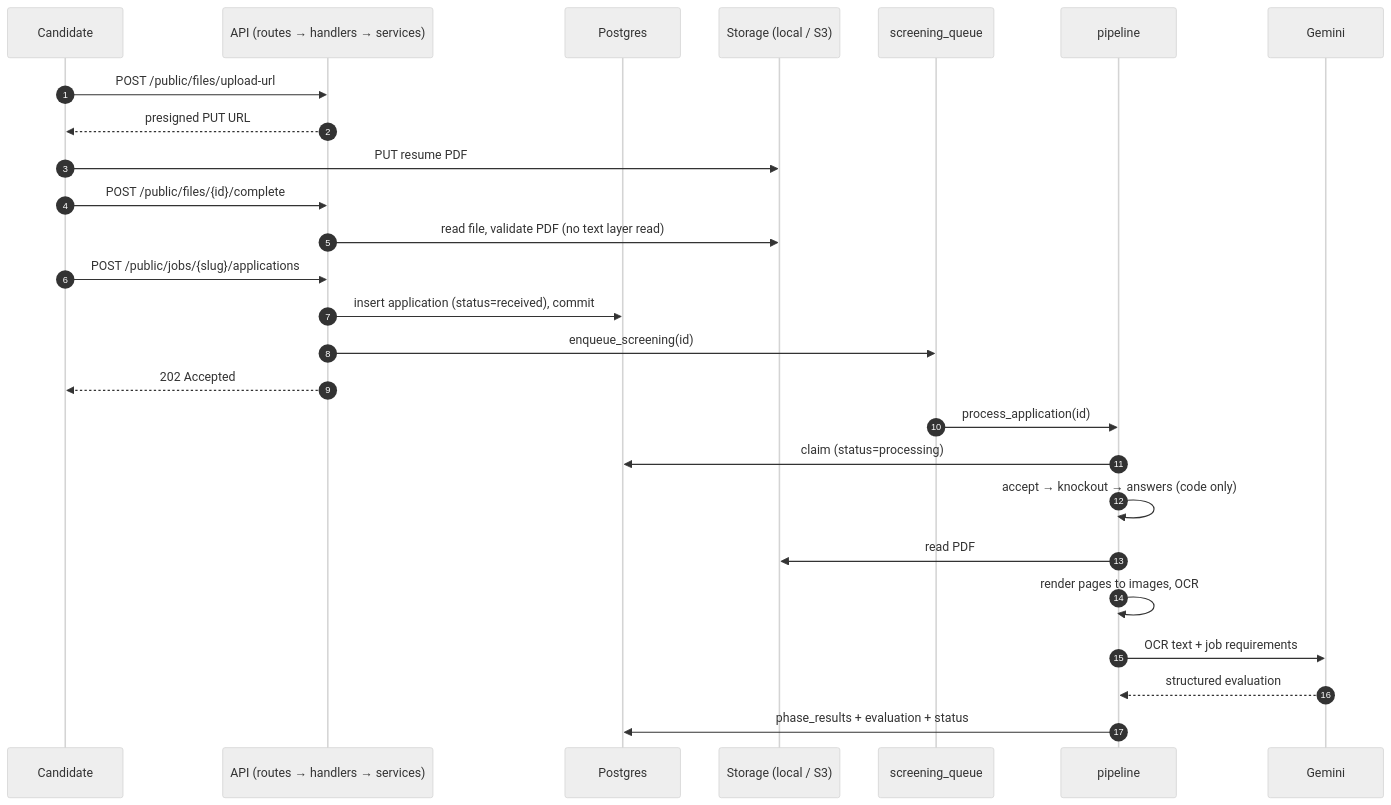
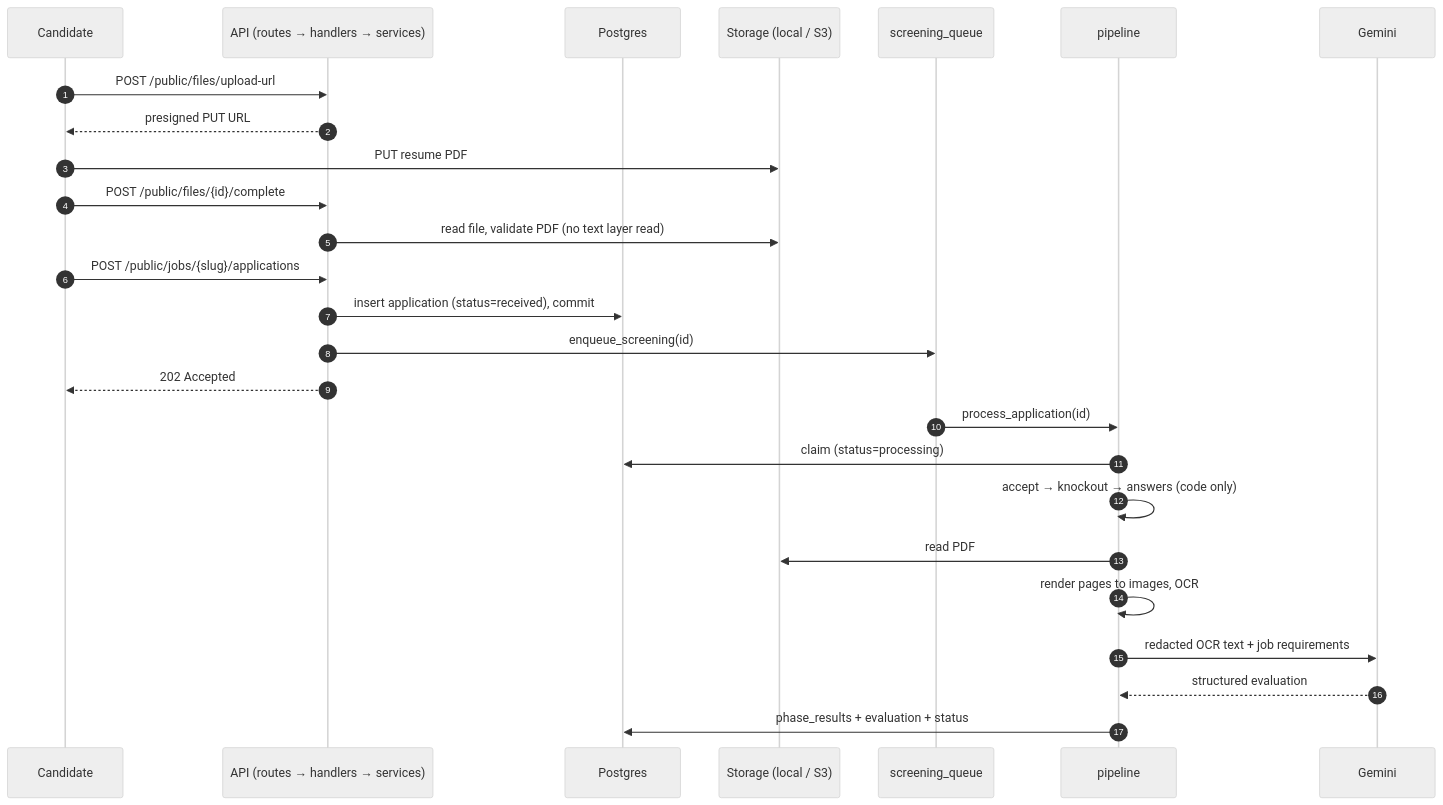
One commit to naveedstack/top-match changed the first of 2 diagrams in top-match-backend/docs/application-evaluation-flow.md. Above: the diagram before and after it, drawn with Mermaid (neutral theme). The commit also changed other lines of this file and 53 other files, not shown here.

````diff
--- a/top-match-backend/docs/application-evaluation-flow.md
+++ b/top-match-backend/docs/application-evaluation-flow.md
@@ -10,29 +10,29 @@
 ```mermaid
 sequenceDiagram
     autonumber
     participant C as Candidate
     participant API as API (routes → handlers → services)
     participant DB as Postgres
     participant S as Storage (local / S3)
     participant Q as screening_queue
     participant P as pipeline
     participant M as Gemini
 
     C->>API: POST /public/files/upload-url
     API-->>C: presigned PUT URL
     C->>S: PUT resume PDF
     C->>API: POST /public/files/{id}/complete
     API->>S: read file, validate PDF (no text layer read)
     C->>API: POST /public/jobs/{slug}/applications
     API->>DB: insert application (status=received), commit
     API->>Q: enqueue_screening(id)
     API-->>C: 202 Accepted
     Q->>P: process_application(id)
     P->>DB: claim (status=processing)
     P->>P: accept → knockout → answers (code only)
     P->>S: read PDF
     P->>P: render pages to images, OCR
-    P->>M: OCR text + job requirements
+    P->>M: redacted OCR text + job requirements
     M-->>P: structured evaluation
     P->>DB: phase_results + evaluation + status
 ```
````
